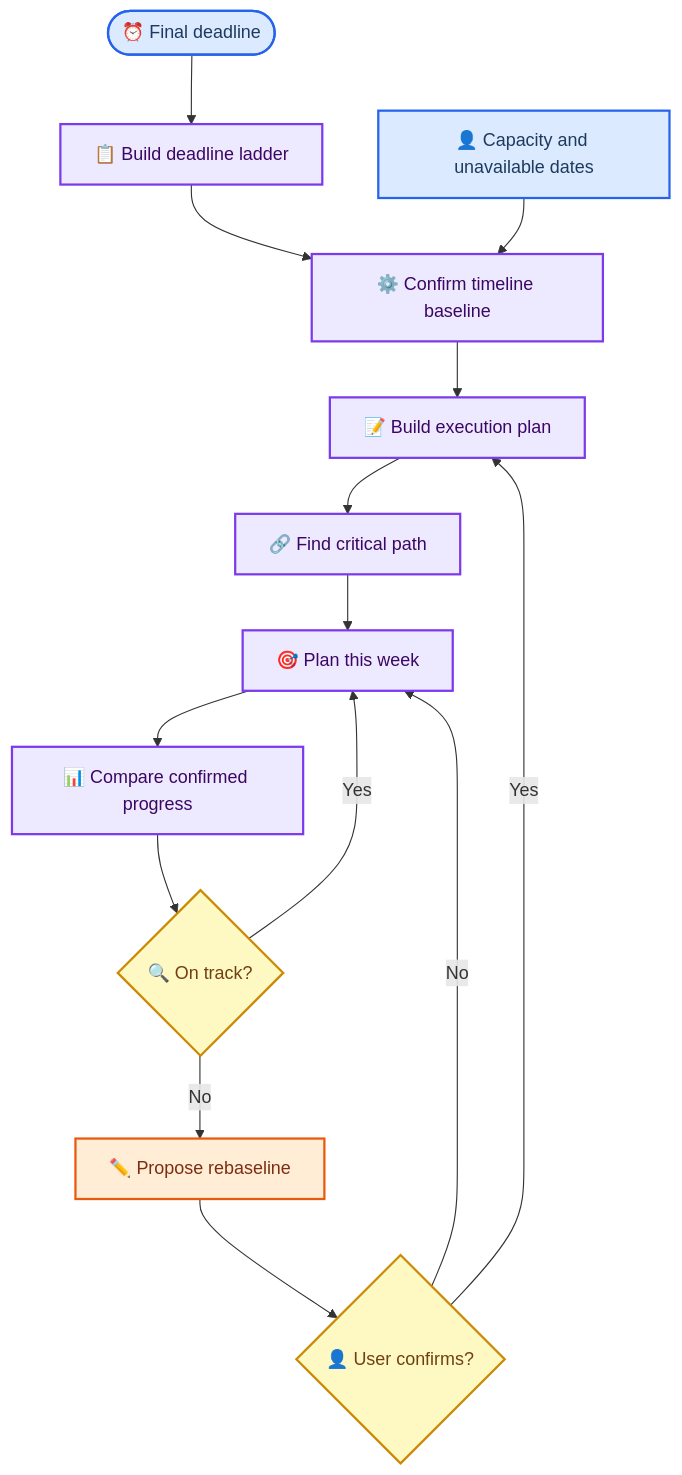
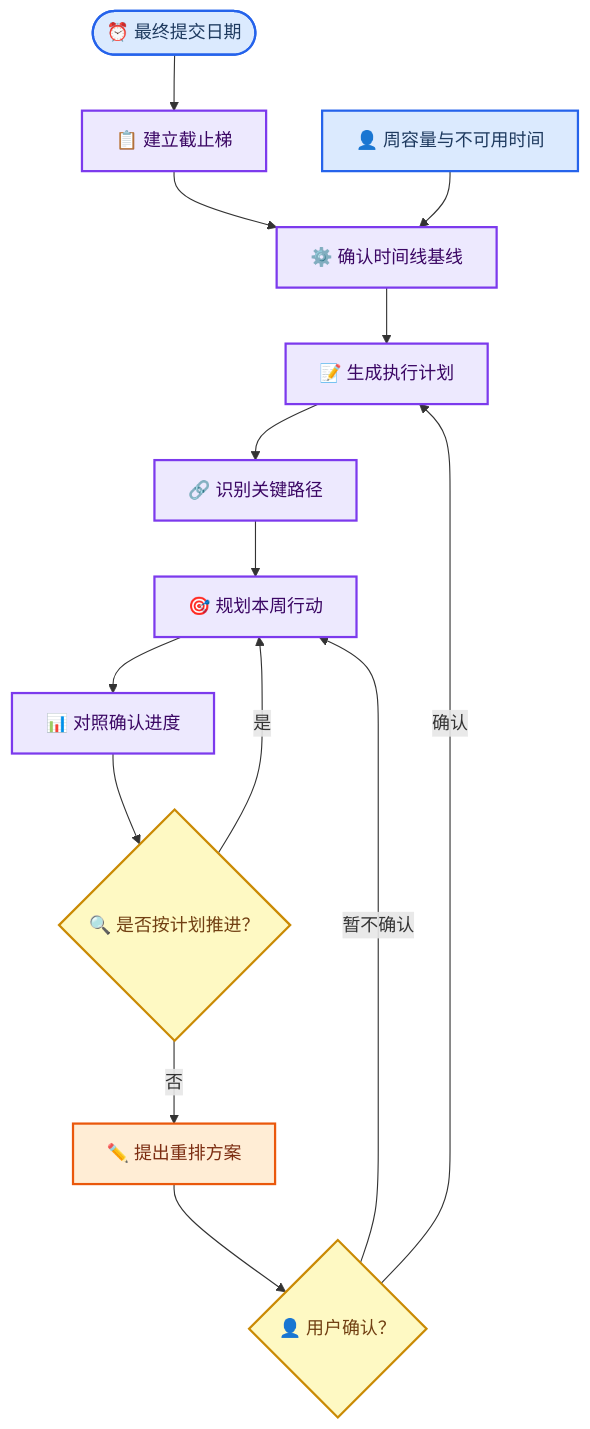
The third of 5 diagrams in README.md (AE0506/research-skill-pack), drawn with Mermaid before and after one commit. The commit also changed other lines of this file, not shown here.

Commit message:
docs: localize workflow diagrams in Chinese

````diff
--- a/README.md
+++ b/README.md
@@ -316,29 +316,29 @@
 ```mermaid
 flowchart TB
-    accTitle: Timeline operating system
-    accDescr: The timeline system turns deadlines, real weekly capacity, and dependencies into confirmed milestones and weekly actions, then compares them with confirmed progress before proposing a replan.
+    accTitle: 科研时间线系统
+    accDescr: 时间线系统将截止日期、真实周容量和任务依赖转化为已确认的里程碑与周行动，再依据用户确认的进度提出重排建议。
 
-    deadline([⏰ Final deadline]) --> ladder[📋 Build deadline ladder]
-    constraints[👤 Capacity and unavailable dates] --> baseline[⚙️ Confirm timeline baseline]
+    deadline([⏰ 最终提交日期]) --> ladder[📋 建立截止梯]
+    constraints[👤 周容量与不可用时间] --> baseline[⚙️ 确认时间线基线]
     ladder --> baseline
-    baseline --> plan[📝 Build execution plan]
-    plan --> critical_path[🔗 Find critical path]
-    critical_path --> weekly[🎯 Plan this week]
-    weekly --> check_in[📊 Compare confirmed progress]
-    check_in --> drift{🔍 On track?}
-    drift -->|Yes| weekly
-    drift -->|No| rebaseline[✏️ Propose rebaseline]
-    rebaseline --> approval{👤 User confirms?}
-    approval -->|Yes| plan
-    approval -->|No| weekly
+    baseline --> plan[📝 生成执行计划]
+    plan --> critical_path[🔗 识别关键路径]
+    critical_path --> weekly[🎯 规划本周行动]
+    weekly --> check_in[📊 对照确认进度]
+    check_in --> drift{🔍 是否按计划推进？}
+    drift -->|是| weekly
+    drift -->|否| rebaseline[✏️ 提出重排方案]
+    rebaseline --> approval{👤 用户确认？}
+    approval -->|确认| plan
+    approval -->|暂不确认| weekly
 
     classDef input fill:#dbeafe,stroke:#2563eb,stroke-width:2px,color:#1e3a5f
     classDef process fill:#ede9fe,stroke:#7c3aed,stroke-width:2px,color:#3b0764
     classDef decision fill:#fef9c3,stroke:#ca8a04,stroke-width:2px,color:#713f12
     classDef action fill:#ffedd5,stroke:#ea580c,stroke-width:2px,color:#7c2d12
 
     class deadline,constraints input
     class ladder,baseline,plan,critical_path,weekly,check_in process
     class drift,approval decision
     class rebaseline action
 ```
````
